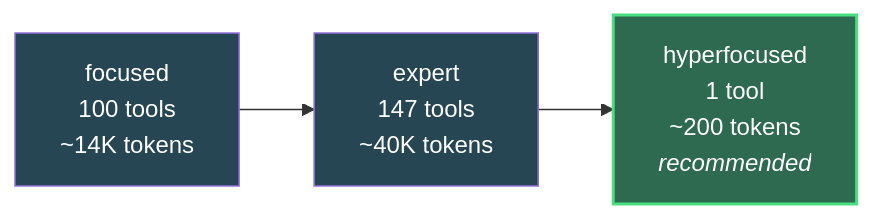
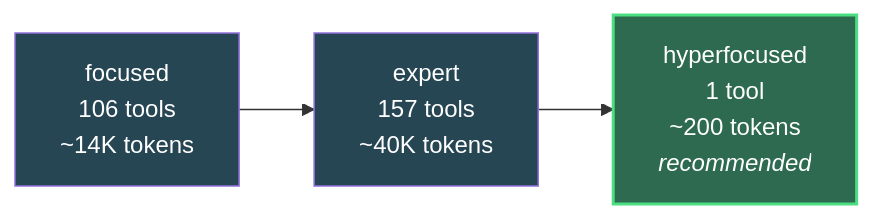
Before and after one commit to vinchacho/vibing-steampunk: the third of 3 diagrams in README.md, drawn with Mermaid. The commit also changed other lines of this file and 24 other files, not shown here.

First line of the commit message:
docs: freshness pass — re-derived counts, 66 undocumented tools, current architecture

````diff
--- a/README.md
+++ b/README.md
@@ -700,8 +702,8 @@
 ```mermaid
 graph LR
-    F["focused<br/>100 tools<br/>~14K tokens"] --> E["expert<br/>147 tools<br/>~40K tokens"]
+    F["focused<br/>106 tools<br/>~14K tokens"] --> E["expert<br/>157 tools<br/>~40K tokens"]
     E --> H["hyperfocused<br/>1 tool<br/>~200 tokens<br/><i>recommended</i>"]
     style H fill:#2d6a4f,color:#fff,stroke:#4ade80,stroke-width:2px
     style F fill:#264653,color:#fff
     style E fill:#264653,color:#fff
 ```
````
